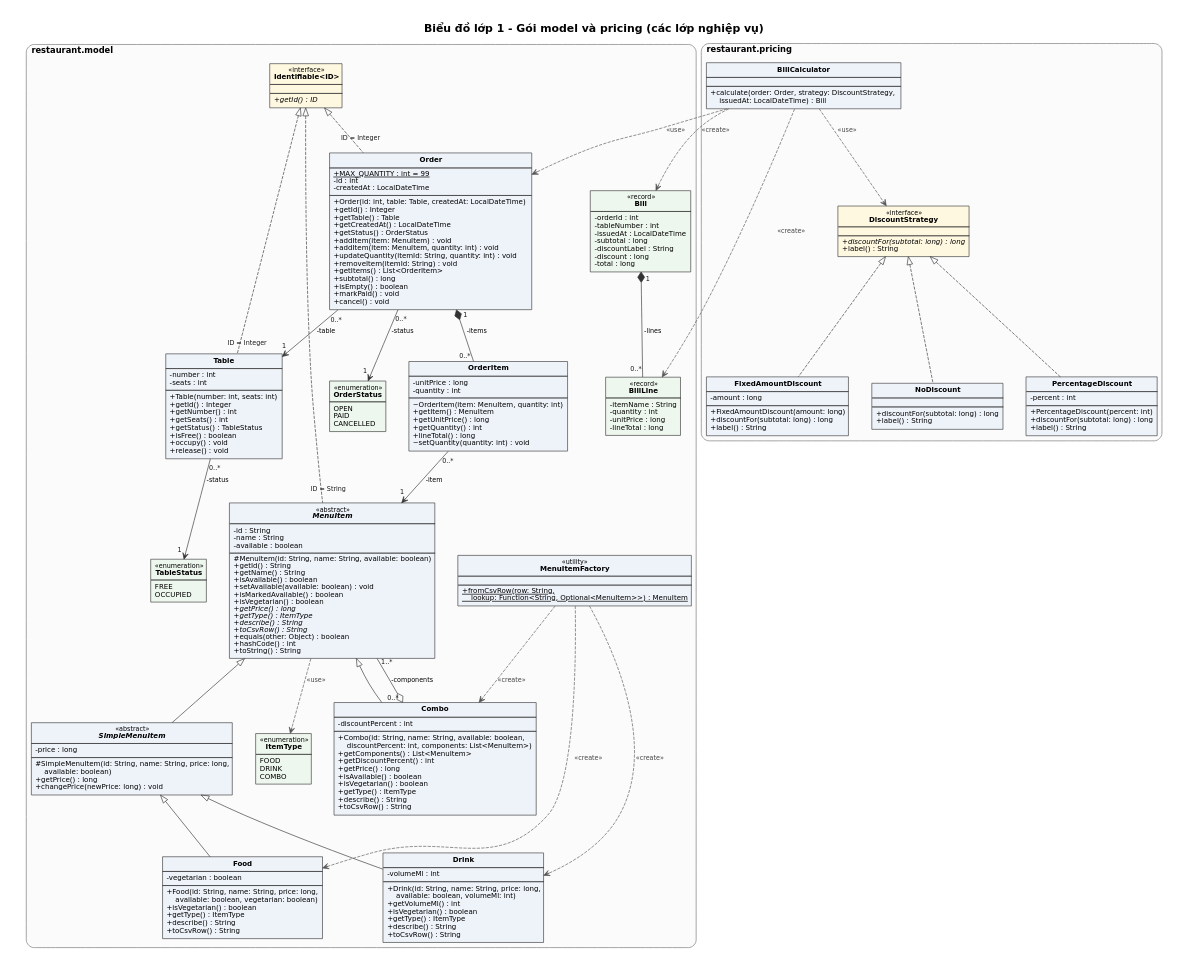
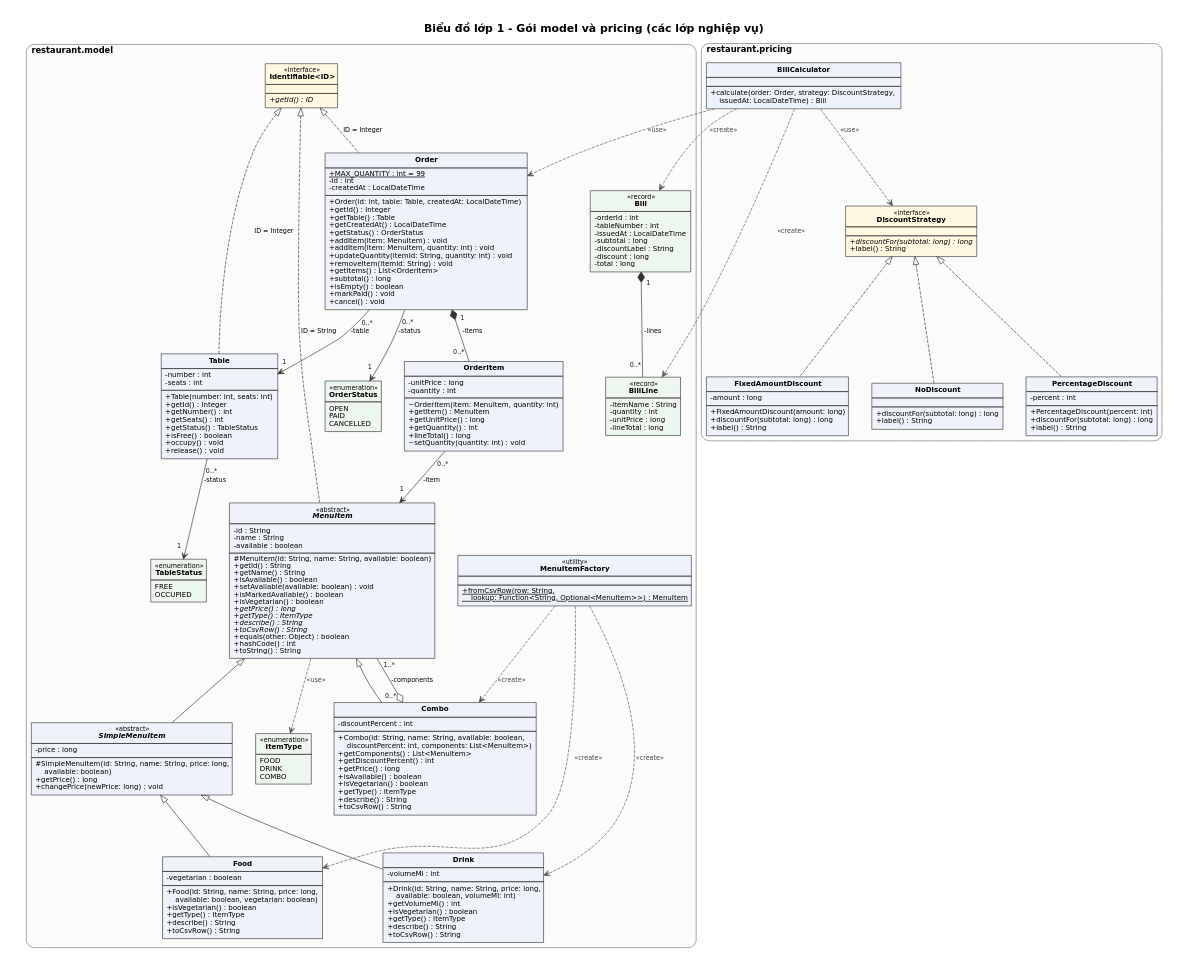
One commit to ducanhdhtb06-hub/btl-oop- changed the diagram in docs/uml/1-lop-model.dot. Above: the diagram before and after it, drawn with Graphviz. The commit also changed 12 other files, not shown here.

First line of the commit message:
docs: UML dựng ổn định, nhãn không đè nhau

```diff
--- a/docs/uml/1-lop-model.dot
+++ b/docs/uml/1-lop-model.dot
@@ -3,14 +3,6 @@
          rankdir=TB, nodesep=0.5, ranksep=0.8, newrank=true, pad=0.35, bgcolor=white];
   node [shape=plain, fontname="DejaVu Sans", fontsize=11];
   edge [fontname="DejaVu Sans", fontsize=10, color="#333333", arrowsize=0.95, labelfontsize=10, labelfontcolor="#1a1a1a"];
-  subgraph cluster_pricing {
-    label=<<B>restaurant.pricing</B>>; labeljust=l; fontsize=13; style="rounded"; color="#8a8a8a"; bgcolor="#fbfbfb"; penwidth=1.2;
-    c_DiscountStrategy [label=<<TABLE BORDER="1" CELLBORDER="0" CELLSPACING="0" COLOR="#3a3a3a" BGCOLOR="#fff8e1"><TR><TD ALIGN="CENTER" CELLPADDING="5"><FONT POINT-SIZE="10">«interface»</FONT><BR/><B>DiscountStrategy</B></TD></TR><HR/><TR><TD CELLPADDING="1"> </TD></TR><HR/><TR><TD ALIGN="LEFT" BALIGN="LEFT" CELLPADDING="5"><I>+discountFor(subtotal: long) : long</I><BR ALIGN="LEFT"/>+label() : String<BR ALIGN="LEFT"/></TD></TR></TABLE>>];
-    c_NoDiscount [label=<<TABLE BORDER="1" CELLBORDER="0" CELLSPACING="0" COLOR="#3a3a3a" BGCOLOR="#eef3fa"><TR><TD ALIGN="CENTER" CELLPADDING="5"><B>NoDiscount</B></TD></TR><HR/><TR><TD CELLPADDING="1"> </TD></TR><HR/><TR><TD ALIGN="LEFT" BALIGN="LEFT" CELLPADDING="5">+discountFor(subtotal: long) : long<BR ALIGN="LEFT"/>+label() : String<BR ALIGN="LEFT"/></TD></TR></TABLE>>];
-    c_PercentageDiscount [label=<<TABLE BORDER="1" CELLBORDER="0" CELLSPACING="0" COLOR="#3a3a3a" BGCOLOR="#eef3fa"><TR><TD ALIGN="CENTER" CELLPADDING="5"><B>PercentageDiscount</B></TD></TR><HR/><TR><TD ALIGN="LEFT" BALIGN="LEFT" CELLPADDING="5">-percent : int<BR ALIGN="LEFT"/></TD></TR><HR/><TR><TD ALIGN="LEFT" BALIGN="LEFT" CELLPADDING="5">+PercentageDiscount(percent: int)<BR ALIGN="LEFT"/>+discountFor(subtotal: long) : long<BR ALIGN="LEFT"/>+label() : String<BR ALIGN="LEFT"/></TD></TR></TABLE>>];
-    c_FixedAmountDiscount [label=<<TABLE BORDER="1" CELLBORDER="0" CELLSPACING="0" COLOR="#3a3a3a" BGCOLOR="#eef3fa"><TR><TD ALIGN="CENTER" CELLPADDING="5"><B>FixedAmountDiscount</B></TD></TR><HR/><TR><TD ALIGN="LEFT" BALIGN="LEFT" CELLPADDING="5">-amount : long<BR ALIGN="LEFT"/></TD></TR><HR/><TR><TD ALIGN="LEFT" BALIGN="LEFT" CELLPADDING="5">+FixedAmountDiscount(amount: long)<BR ALIGN="LEFT"/>+discountFor(subtotal: long) : long<BR ALIGN="LEFT"/>+label() : String<BR ALIGN="LEFT"/></TD></TR></TABLE>>];
-    c_BillCalculator [label=<<TABLE BORDER="1" CELLBORDER="0" CELLSPACING="0" COLOR="#3a3a3a" BGCOLOR="#eef3fa"><TR><TD ALIGN="CENTER" CELLPADDING="5"><B>BillCalculator</B></TD></TR><HR/><TR><TD CELLPADDING="1"> </TD></TR><HR/><TR><TD ALIGN="LEFT" BALIGN="LEFT" CELLPADDING="5">+calculate(order: Order, strategy: DiscountStrategy,<BR ALIGN="LEFT"/>&#160;&#160;&#160;&#160;issuedAt: LocalDateTime) : Bill<BR ALIGN="LEFT"/></TD></TR></TABLE>>];
-  }
   subgraph cluster_model {
     label=<<B>restaurant.model</B>>; labeljust=l; fontsize=13; style="rounded"; color="#8a8a8a"; bgcolor="#fbfbfb"; penwidth=1.2;
     c_Identifiable [label=<<TABLE BORDER="1" CELLBORDER="0" CELLSPACING="0" COLOR="#3a3a3a" BGCOLOR="#fff8e1"><TR><TD ALIGN="CENTER" CELLPADDING="5"><FONT POINT-SIZE="10">«interface»</FONT><BR/><B>Identifiable&lt;ID&gt;</B></TD></TR><HR/><TR><TD CELLPADDING="1"> </TD></TR><HR/><TR><TD ALIGN="LEFT" BALIGN="LEFT" CELLPADDING="5"><I>+getId() : ID</I><BR ALIGN="LEFT"/></TD></TR></TABLE>>];
@@ -29,9 +21,17 @@
     c_Bill [label=<<TABLE BORDER="1" CELLBORDER="0" CELLSPACING="0" COLOR="#3a3a3a" BGCOLOR="#eef7ee"><TR><TD ALIGN="CENTER" CELLPADDING="5"><FONT POINT-SIZE="10">«record»</FONT><BR/><B>Bill</B></TD></TR><HR/><TR><TD ALIGN="LEFT" BALIGN="LEFT" CELLPADDING="5">-orderId : int<BR ALIGN="LEFT"/>-tableNumber : int<BR ALIGN="LEFT"/>-issuedAt : LocalDateTime<BR ALIGN="LEFT"/>-subtotal : long<BR ALIGN="LEFT"/>-discountLabel : String<BR ALIGN="LEFT"/>-discount : long<BR ALIGN="LEFT"/>-total : long<BR ALIGN="LEFT"/></TD></TR></TABLE>>];
     c_BillLine [label=<<TABLE BORDER="1" CELLBORDER="0" CELLSPACING="0" COLOR="#3a3a3a" BGCOLOR="#eef7ee"><TR><TD ALIGN="CENTER" CELLPADDING="5"><FONT POINT-SIZE="10">«record»</FONT><BR/><B>BillLine</B></TD></TR><HR/><TR><TD ALIGN="LEFT" BALIGN="LEFT" CELLPADDING="5">-itemName : String<BR ALIGN="LEFT"/>-quantity : int<BR ALIGN="LEFT"/>-unitPrice : long<BR ALIGN="LEFT"/>-lineTotal : long<BR ALIGN="LEFT"/></TD></TR></TABLE>>];
   }
-  c_Identifiable -> c_MenuItem [dir=back, arrowtail=empty, style=dashed, arrowsize=1.25, headlabel=" ID = String ", labeldistance=2.2, labelangle=-30];
-  c_Identifiable -> c_Table [dir=back, arrowtail=empty, style=dashed, arrowsize=1.25, headlabel=" ID = Integer ", labeldistance=2.2, labelangle=-30];
-  c_Identifiable -> c_Order [dir=back, arrowtail=empty, style=dashed, arrowsize=1.25, headlabel=" ID = Integer ", labeldistance=2.2, labelangle=-30];
+  subgraph cluster_pricing {
+    label=<<B>restaurant.pricing</B>>; labeljust=l; fontsize=13; style="rounded"; color="#8a8a8a"; bgcolor="#fbfbfb"; penwidth=1.2;
+    c_DiscountStrategy [label=<<TABLE BORDER="1" CELLBORDER="0" CELLSPACING="0" COLOR="#3a3a3a" BGCOLOR="#fff8e1"><TR><TD ALIGN="CENTER" CELLPADDING="5"><FONT POINT-SIZE="10">«interface»</FONT><BR/><B>DiscountStrategy</B></TD></TR><HR/><TR><TD CELLPADDING="1"> </TD></TR><HR/><TR><TD ALIGN="LEFT" BALIGN="LEFT" CELLPADDING="5"><I>+discountFor(subtotal: long) : long</I><BR ALIGN="LEFT"/>+label() : String<BR ALIGN="LEFT"/></TD></TR></TABLE>>];
+    c_NoDiscount [label=<<TABLE BORDER="1" CELLBORDER="0" CELLSPACING="0" COLOR="#3a3a3a" BGCOLOR="#eef3fa"><TR><TD ALIGN="CENTER" CELLPADDING="5"><B>NoDiscount</B></TD></TR><HR/><TR><TD CELLPADDING="1"> </TD></TR><HR/><TR><TD ALIGN="LEFT" BALIGN="LEFT" CELLPADDING="5">+discountFor(subtotal: long) : long<BR ALIGN="LEFT"/>+label() : String<BR ALIGN="LEFT"/></TD></TR></TABLE>>];
+    c_PercentageDiscount [label=<<TABLE BORDER="1" CELLBORDER="0" CELLSPACING="0" COLOR="#3a3a3a" BGCOLOR="#eef3fa"><TR><TD ALIGN="CENTER" CELLPADDING="5"><B>PercentageDiscount</B></TD></TR><HR/><TR><TD ALIGN="LEFT" BALIGN="LEFT" CELLPADDING="5">-percent : int<BR ALIGN="LEFT"/></TD></TR><HR/><TR><TD ALIGN="LEFT" BALIGN="LEFT" CELLPADDING="5">+PercentageDiscount(percent: int)<BR ALIGN="LEFT"/>+discountFor(subtotal: long) : long<BR ALIGN="LEFT"/>+label() : String<BR ALIGN="LEFT"/></TD></TR></TABLE>>];
+    c_FixedAmountDiscount [label=<<TABLE BORDER="1" CELLBORDER="0" CELLSPACING="0" COLOR="#3a3a3a" BGCOLOR="#eef3fa"><TR><TD ALIGN="CENTER" CELLPADDING="5"><B>FixedAmountDiscount</B></TD></TR><HR/><TR><TD ALIGN="LEFT" BALIGN="LEFT" CELLPADDING="5">-amount : long<BR ALIGN="LEFT"/></TD></TR><HR/><TR><TD ALIGN="LEFT" BALIGN="LEFT" CELLPADDING="5">+FixedAmountDiscount(amount: long)<BR ALIGN="LEFT"/>+discountFor(subtotal: long) : long<BR ALIGN="LEFT"/>+label() : String<BR ALIGN="LEFT"/></TD></TR></TABLE>>];
+    c_BillCalculator [label=<<TABLE BORDER="1" CELLBORDER="0" CELLSPACING="0" COLOR="#3a3a3a" BGCOLOR="#eef3fa"><TR><TD ALIGN="CENTER" CELLPADDING="5"><B>BillCalculator</B></TD></TR><HR/><TR><TD CELLPADDING="1"> </TD></TR><HR/><TR><TD ALIGN="LEFT" BALIGN="LEFT" CELLPADDING="5">+calculate(order: Order, strategy: DiscountStrategy,<BR ALIGN="LEFT"/>&#160;&#160;&#160;&#160;issuedAt: LocalDateTime) : Bill<BR ALIGN="LEFT"/></TD></TR></TABLE>>];
+  }
+  c_Identifiable -> c_MenuItem [dir=back, arrowtail=empty, style=dashed, arrowsize=1.25, label=" ID = String "];
+  c_Identifiable -> c_Table [dir=back, arrowtail=empty, style=dashed, arrowsize=1.25, label=" ID = Integer "];
+  c_Identifiable -> c_Order [dir=back, arrowtail=empty, style=dashed, arrowsize=1.25, label=" ID = Integer "];
   c_DiscountStrategy -> c_NoDiscount [dir=back, arrowtail=empty, style=dashed, arrowsize=1.25];
   c_DiscountStrategy -> c_PercentageDiscount [dir=back, arrowtail=empty, style=dashed, arrowsize=1.25];
   c_DiscountStrategy -> c_FixedAmountDiscount [dir=back, arrowtail=empty, style=dashed, arrowsize=1.25];
@@ -39,13 +39,13 @@
   c_SimpleMenuItem -> c_Food [dir=back, arrowtail=empty, arrowsize=1.25];
   c_SimpleMenuItem -> c_Drink [dir=back, arrowtail=empty, arrowsize=1.25];
   c_MenuItem -> c_Combo [dir=back, arrowtail=empty, arrowsize=1.25];
-  c_Order -> c_OrderItem [dir=back, arrowtail=diamond, arrowsize=1.35, label=" -items ", taillabel=" 1 ", headlabel=" 0..* ", labeldistance=1.6, labelangle=40];
-  c_Bill -> c_BillLine [dir=back, arrowtail=diamond, arrowsize=1.35, label=" -lines ", taillabel=" 1 ", headlabel=" 0..* ", labeldistance=1.6, labelangle=40];
-  c_Combo -> c_MenuItem [dir=back, arrowtail=odiamond, arrowsize=1.35, label=" -components ", taillabel=" 0..* ", headlabel=" 1..* ", labeldistance=1.6, labelangle=40];
-  c_OrderItem -> c_MenuItem [arrowhead=vee, label=" -item ", taillabel=" 0..* ", headlabel=" 1 ", labeldistance=1.6, labelangle=40];
-  c_Order -> c_Table [arrowhead=vee, label=" -table ", taillabel=" 0..* ", headlabel=" 1 ", labeldistance=1.6, labelangle=40];
-  c_Order -> c_OrderStatus [arrowhead=vee, label=" -status ", taillabel=" 0..* ", headlabel=" 1 ", labeldistance=1.6, labelangle=40];
-  c_Table -> c_TableStatus [arrowhead=vee, label=" -status ", taillabel=" 0..* ", headlabel=" 1 ", labeldistance=1.6, labelangle=40];
+  c_Order -> c_OrderItem [dir=back, arrowtail=diamond, arrowsize=1.35, label=" -items ", taillabel=" 1 ", headlabel=" 0..* ", labeldistance=2.1, labelangle=32];
+  c_Bill -> c_BillLine [dir=back, arrowtail=diamond, arrowsize=1.35, label=" -lines ", taillabel=" 1 ", headlabel=" 0..* ", labeldistance=2.1, labelangle=32];
+  c_Combo -> c_MenuItem [dir=back, arrowtail=odiamond, arrowsize=1.35, label=" -components ", taillabel=" 0..* ", headlabel=" 1..* ", labeldistance=2.1, labelangle=32];
+  c_OrderItem -> c_MenuItem [arrowhead=vee, label=" -item ", taillabel=" 0..* ", headlabel=" 1 ", labeldistance=2.1, labelangle=32];
+  c_Order -> c_Table [arrowhead=vee, label=" -table ", taillabel=" 0..* ", headlabel=" 1 ", labeldistance=2.1, labelangle=32];
+  c_Order -> c_OrderStatus [arrowhead=vee, label=" -status ", taillabel=" 0..* ", headlabel=" 1 ", labeldistance=2.1, labelangle=32];
+  c_Table -> c_TableStatus [arrowhead=vee, label=" -status ", taillabel=" 0..* ", headlabel=" 1 ", labeldistance=2.1, labelangle=32];
   c_MenuItem -> c_ItemType [style=dashed, arrowhead=vee, color="#555555", label=" «use» ", fontcolor="#444444"];
   c_MenuItemFactory -> c_Food [style=dashed, arrowhead=vee, color="#555555", label=" «create» ", fontcolor="#444444"];
   c_MenuItemFactory -> c_Drink [style=dashed, arrowhead=vee, color="#555555", label=" «create» ", fontcolor="#444444"];
```
